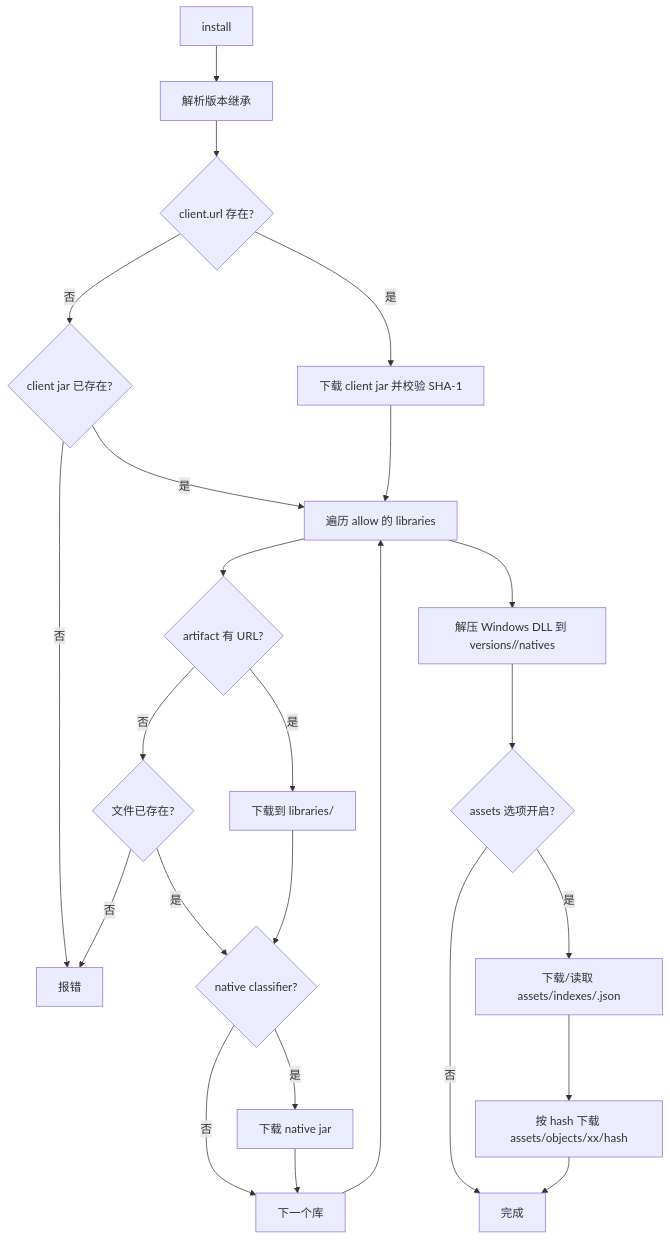
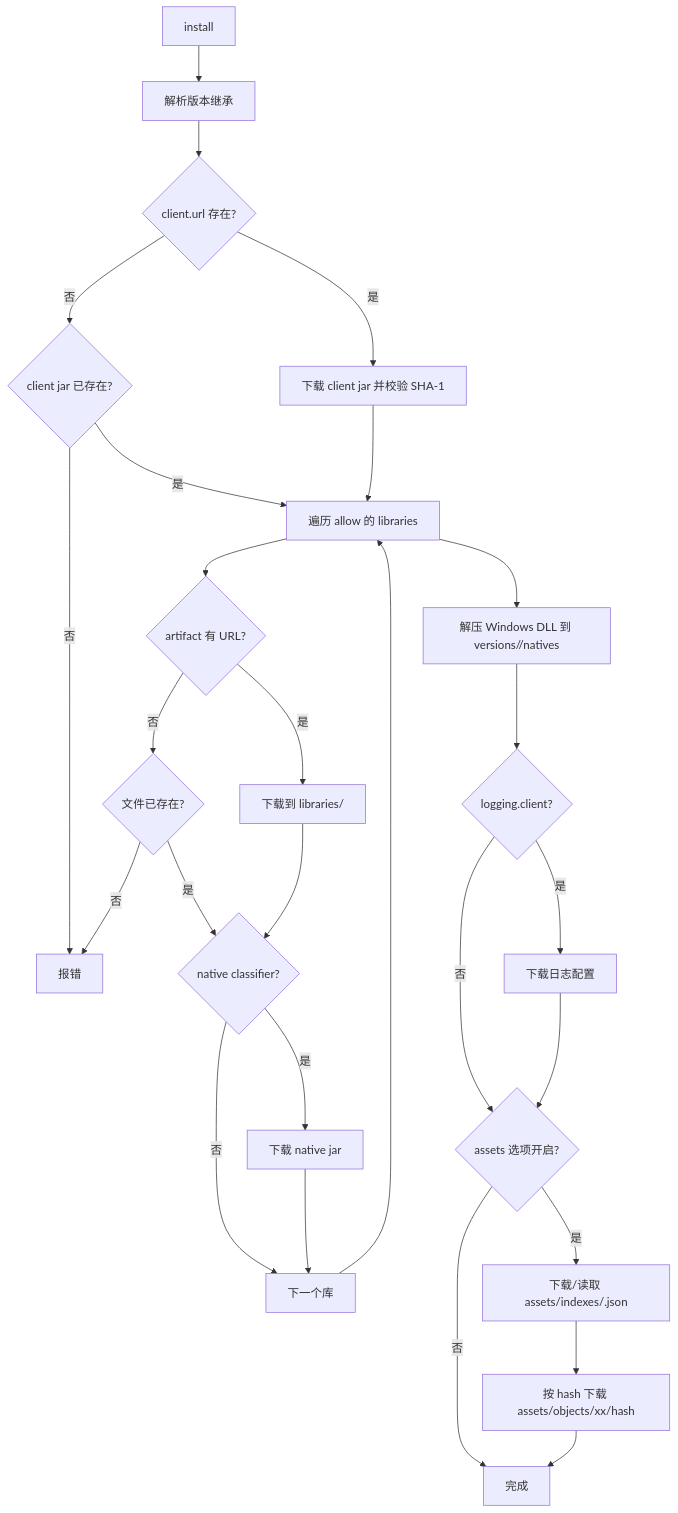
Before and after one commit to yyfdfsyyf-source/AuroraLauncher: the fourth of 7 diagrams in ARCHITECTURE.md, drawn with Mermaid. The commit also changed other lines of this file and 16 other files, not shown here.

````diff
--- a/ARCHITECTURE.md
+++ b/ARCHITECTURE.md
@@ -157,26 +198,29 @@
 ```mermaid
 flowchart TD
     Start[install <id>] --> Resolve[解析版本继承]
     Resolve --> Client{client.url 存在?}
     Client -->|是| DownloadClient[下载 client jar 并校验 SHA-1]
     Client -->|否| CheckClient{client jar 已存在?}
     CheckClient -->|否| Fail[报错]
     CheckClient -->|是| Libraries
     DownloadClient --> Libraries[遍历 allow 的 libraries]
     Libraries --> Artifact{artifact 有 URL?}
     Artifact -->|是| DownloadLib[下载到 libraries/]
     Artifact -->|否| CheckLib{文件已存在?}
     CheckLib -->|否| Fail
     CheckLib -->|是| Native
     DownloadLib --> Native{native classifier?}
     Native -->|是| DownloadNative[下载 native jar]
     Native -->|否| NextLib[下一个库]
     DownloadNative --> NextLib
     NextLib --> Libraries
     Libraries --> Extract[解压 Windows DLL 到 versions/<id>/natives]
-    Extract --> Assets{assets 选项开启?}
+    Extract --> Logging{logging.client?}
+    Logging -->|是| DownloadLog[下载日志配置]
+    Logging -->|否| Assets
+    DownloadLog --> Assets{assets 选项开启?}
     Assets -->|是| AssetIndex[下载/读取 assets/indexes/<id>.json]
     AssetIndex --> AssetObjects[按 hash 下载 assets/objects/xx/hash]
     Assets -->|否| Done[完成]
     AssetObjects --> Done
 ```
````
